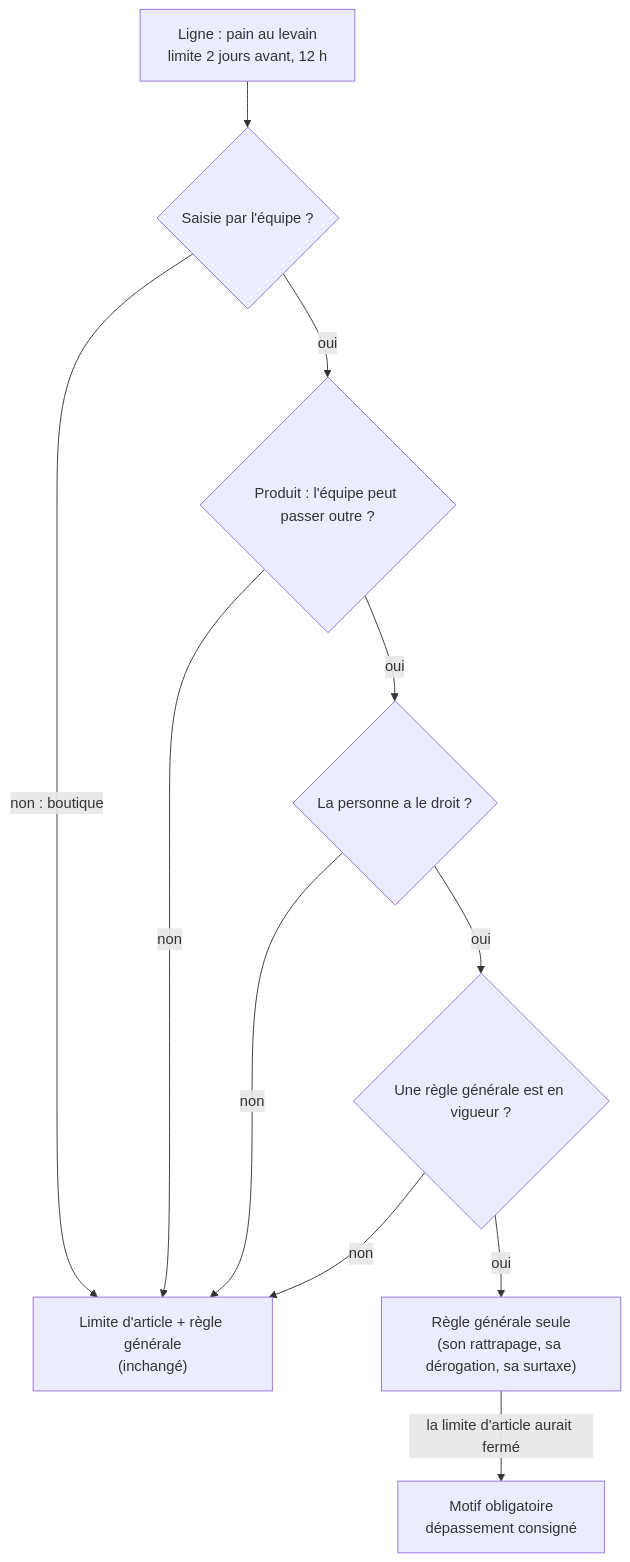
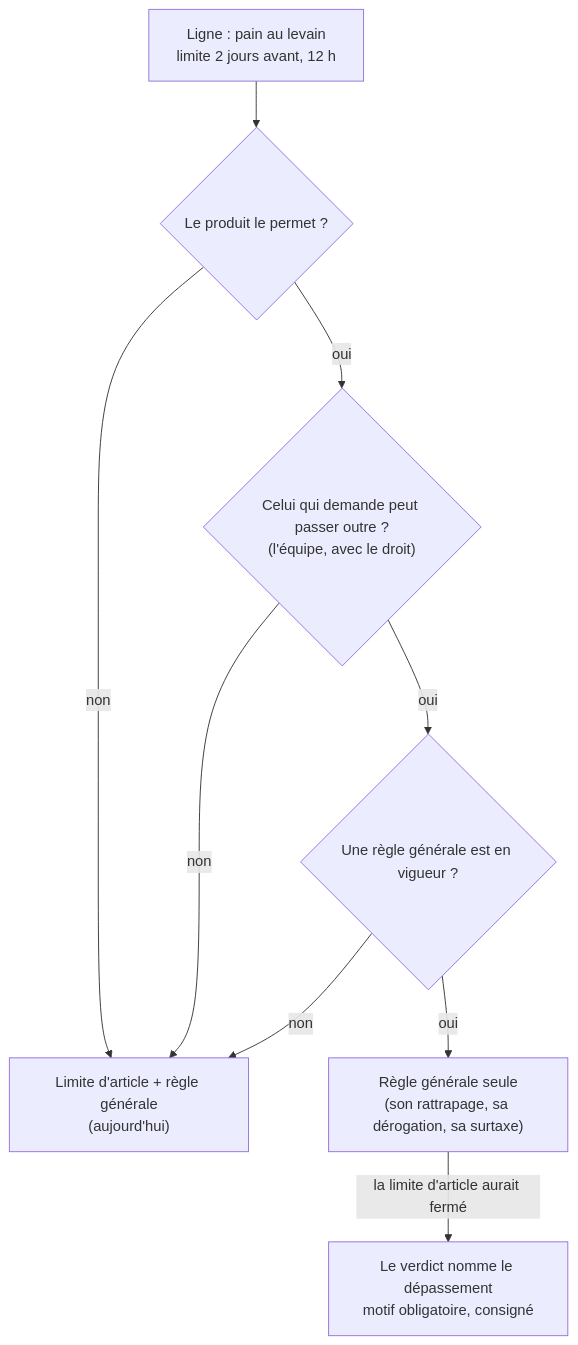
The diagram in documentation/limites-de-commande/plan-passer-outre-la-limite-produit.md (hugoheynard/lfd), drawn with Mermaid before and after one commit. The commit also changed other lines of this file and 1 other file, not shown here.

First line of the commit message:
docs(limites-de-commande): le dépassement d'une limite de produit, réécrit sur le verdict

````diff
--- a/documentation/limites-de-commande/plan-passer-outre-la-limite-produit.md
+++ b/documentation/limites-de-commande/plan-passer-outre-la-limite-produit.md
@@ -31,13 +27,11 @@
 ```mermaid
 flowchart TD
-  L["Ligne : pain au levain<br/>limite 2 jours avant, 12 h"] --> Q{"Saisie par l'équipe ?"}
-  Q -->|non : boutique| A["Limite d'article + règle générale<br/>(inchangé)"]
-  Q -->|oui| P{"Produit : l'équipe peut passer outre ?"}
-  P -->|non| A
-  P -->|oui| D{"La personne a le droit ?"}
+  L["Ligne : pain au levain<br/>limite 2 jours avant, 12 h"] --> P{"Le produit le permet ?"}
+  P -->|non| A["Limite d'article + règle générale<br/>(aujourd'hui)"]
+  P -->|oui| D{"Celui qui demande peut passer outre ?<br/>(l'équipe, avec le droit)"}
   D -->|non| A
   D -->|oui| R{"Une règle générale est en vigueur ?"}
   R -->|non| A
   R -->|oui| G["Règle générale seule<br/>(son rattrapage, sa dérogation, sa surtaxe)"]
-  G -->|la limite d'article aurait fermé| T["Motif obligatoire<br/>dépassement consigné"]
+  G -->|la limite d'article aurait fermé| T["Le verdict nomme le dépassement<br/>motif obligatoire, consigné"]
 ```
````
